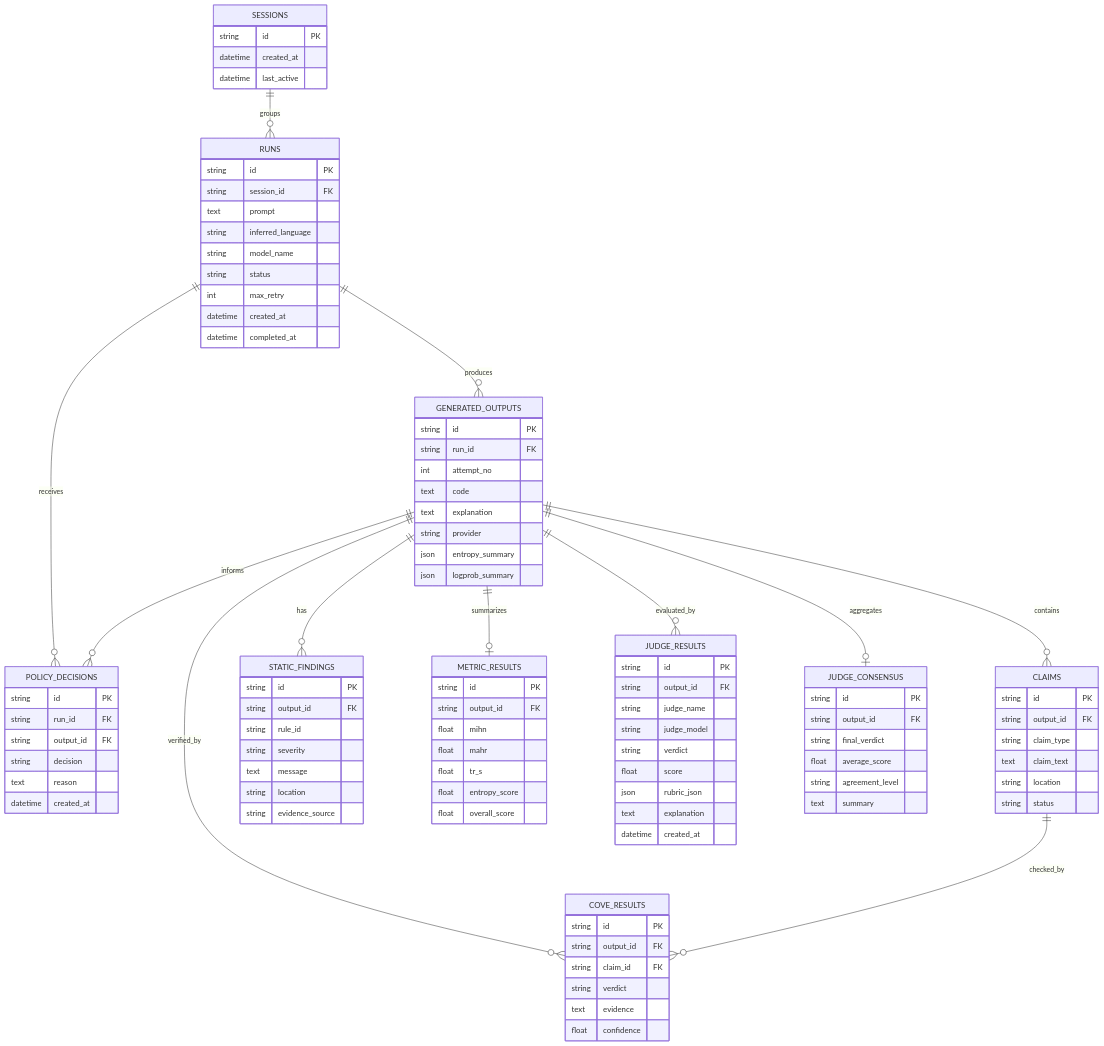
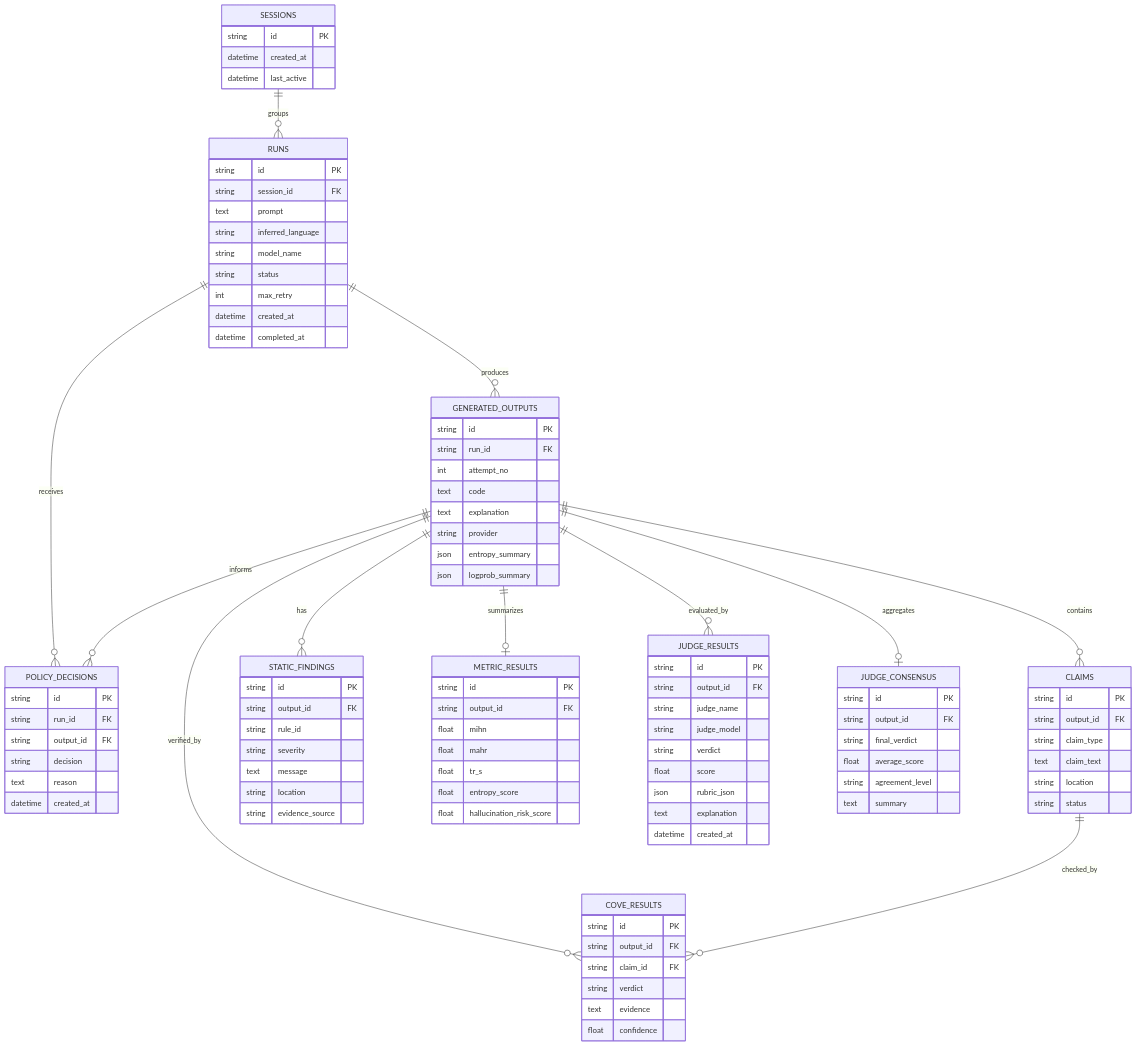
One commit to FarhanTausif/SPL-3 changed the seventh of 8 diagrams in SRS/DeHalu_SRS.md. Above: the diagram before and after it, drawn with Mermaid. The commit also changed other lines of this file and 1 other file, not shown here.

```diff
--- a/SRS/DeHalu_SRS.md
+++ b/SRS/DeHalu_SRS.md
@@ -528,7 +603,7 @@
         float mahr
         float tr_s
         float entropy_score
-        float overall_score
+        float hallucination_risk_score
     }
 
     JUDGE_RESULTS {
```
